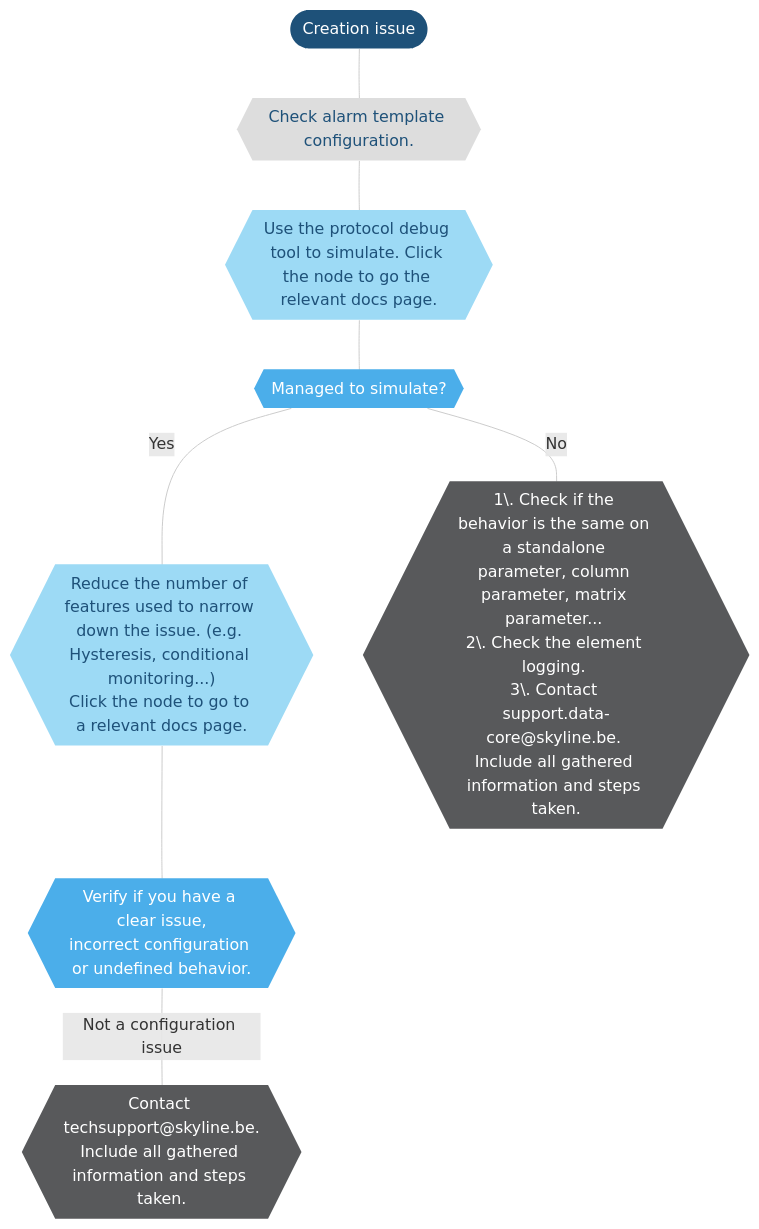
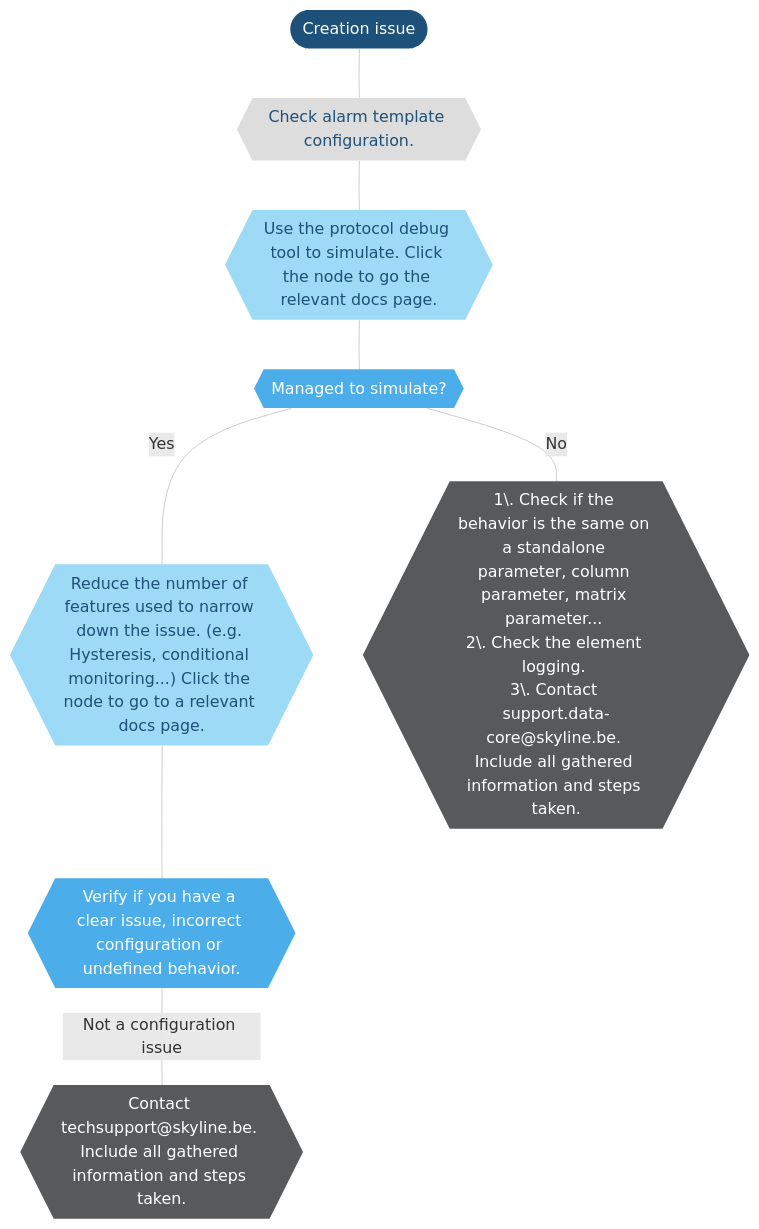
The third of 3 diagrams in user-guide/Troubleshooting/Troubleshooting_Flowcharts/Troubleshooting_Alarms.md (SkylineCommunications/dataminer-docs), drawn with Mermaid before and after one commit. The commit also changed other lines of this file and 8 other files, not shown here.

````diff
--- a/user-guide/Troubleshooting/Troubleshooting_Flowcharts/Troubleshooting_Alarms.md
+++ b/user-guide/Troubleshooting/Troubleshooting_Flowcharts/Troubleshooting_Alarms.md
@@ -99,39 +99,39 @@
 ```mermaid
 flowchart TD
 %% Define styles %%
 linkStyle default stroke:#cccccc
 classDef classTerminal fill:#1e5179,stroke:#1e5179,color:#ffffff,stroke-width:0px;
 classDef classDecision fill:#4baeea,stroke:#4baeea,color:#ffffff,stroke-width:0px;
 classDef classExternalRef fill:#9ddaf5,stroke:#9ddaf5,color:#1E5179,stroke-width:0px;
 classDef classActionClickable fill:#999999,stroke:#999999,color:#ffffff,stroke-width:0px;
 classDef classAction fill:#dddddd,stroke:#dddddd,color:#1E5179,stroke-width:0px;
 classDef classSolution fill:#58595b,stroke:#58595b,color:#ffffff,stroke-width:0px;
 %% Define blocks %%
 CreationIssue([Creation issue])
 AlarmTemplate{{"Check alarm template configuration."}}
 ProtocolDebug{{"Use the protocol debug tool to simulate. Click the node to go the relevant docs page."}}
 CanSimulate{{"Managed to simulate?"}}
-ReduceFeatures{{"Reduce the number of features used to narrow down the issue. (e.g. Hysteresis, conditional monitoring...)\nClick the node to go to a relevant docs page."}}
-VerifyConfiguration{{"Verify if you have a clear issue,\nincorrect configuration or undefined behavior."}}
-NotFixedCOPS{{"Contact techsupport@skyline.be.\nInclude all gathered information and steps taken."}}
+ReduceFeatures{{"Reduce the number of features used to narrow down the issue. (e.g. Hysteresis, conditional monitoring...) Click the node to go to a relevant docs page."}}
+VerifyConfiguration{{"Verify if you have a clear issue, incorrect configuration or undefined behavior."}}
+NotFixedCOPS{{"Contact techsupport@skyline.be. Include all gathered information and steps taken."}}
 ExtraInfoNotFixed{{"1\. Check if the behavior is the same on a standalone parameter, column parameter, matrix parameter... <br>2\. Check the element logging. <br>3\. Contact support.data-core@skyline.be. Include all gathered information and steps taken."}}
 %% Connect blocks %%
 CreationIssue --- AlarmTemplate
 AlarmTemplate --- ProtocolDebug
 ProtocolDebug --- CanSimulate
 CanSimulate --- |Yes|ReduceFeatures
 ReduceFeatures --- VerifyConfiguration
 VerifyConfiguration --- |Not a configuration issue|NotFixedCOPS
 CanSimulate --- |No|ExtraInfoNotFixed
 %% Define hyperlinks %%
 click ProtocolDebug "/user-guide/Reference/DataMiner_Tools/
 Protocol_Debug_Tools.html"
 click ReduceFeatures "/user-guide/Basic_Functionality/Protocols_and_templates/Alarm_templates/Configuring_alarm_templates/About_the_alarm_template_editor.html"
 %% Apply styles to blocks %%
 class CreationIssue classTerminal;
 class AlarmConsole,Surveyor,Apps,Trending,ProtocolDebug,ReduceFeatures classExternalRef;
 %%class classActionClickable;
 class AlarmTemplate classAction;
 class DataPresent,CanSimulate,VerifyConfiguration classDecision;
 class ExtraInfoNotFixed,NotFixedCOPS classSolution;
 ```
````
